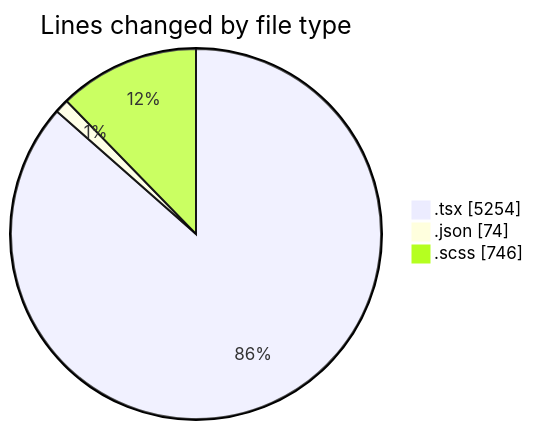
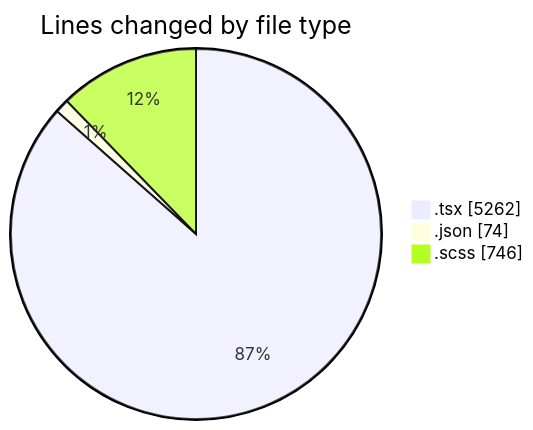
The first of 2 diagrams in 2025-04-08/cda/README.md (momahboobian/code-tracking), drawn with Mermaid before and after one commit. The commit also changed other lines of this file and 1 other file, not shown here.

````diff
--- a/2025-04-08/cda/README.md
+++ b/2025-04-08/cda/README.md
@@ -36,7 +36,7 @@
 ```mermaid
 pie showData
 title Lines changed by file type
-".tsx" : 5254
+".tsx" : 5262
 ".json" : 74
 ".scss" : 746
 ```
````
